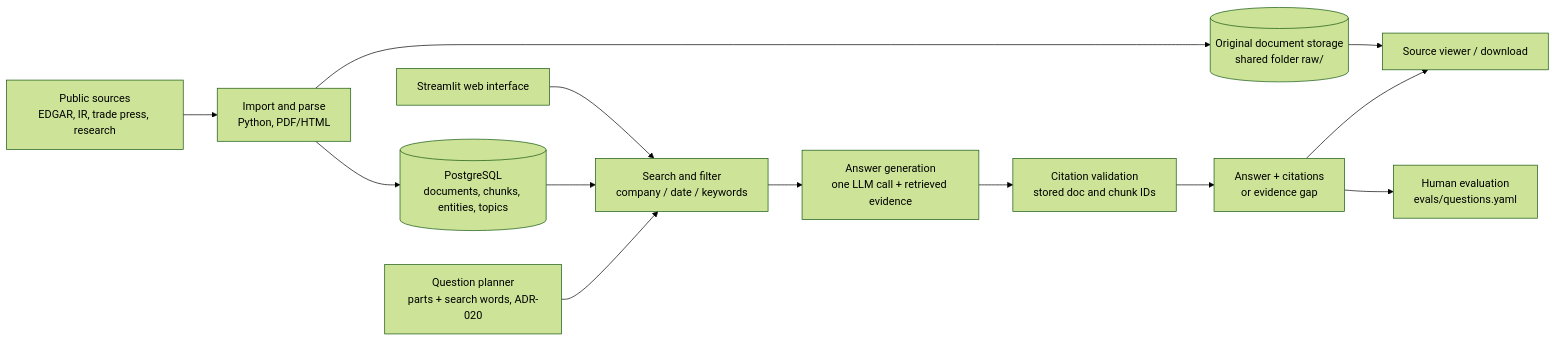
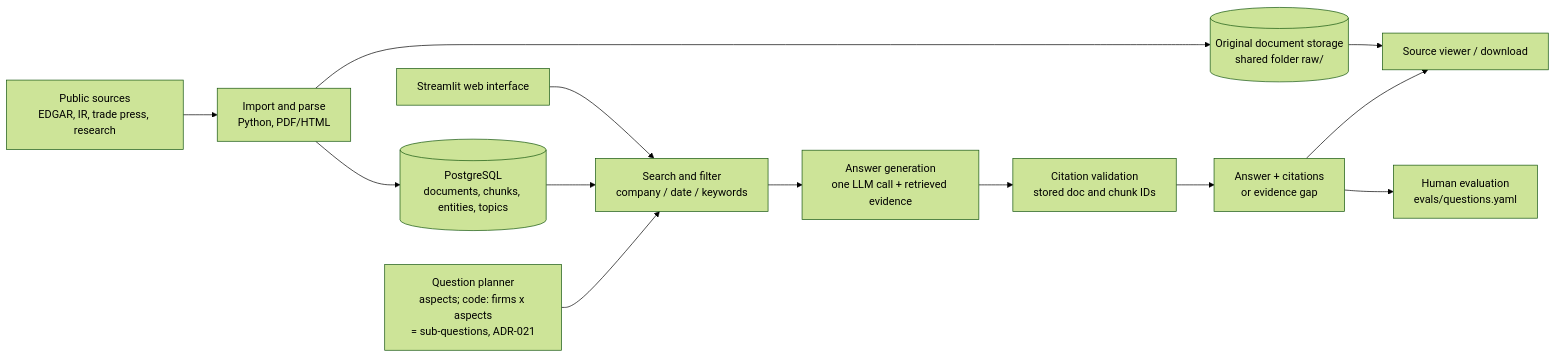
Before and after one commit to RENEGADES20/Competitive-Evidence-Engine-EDJ: the diagram in docs/ARCHITECTURE.md, drawn with Mermaid (forest theme). The commit also changed 39 other files, not shown here.

First line of the commit message:
Sub-question decomposition: planner v3 aspects, firms x aspects retrieval (#245) (#255)

````diff
--- a/docs/ARCHITECTURE.md
+++ b/docs/ARCHITECTURE.md
@@ -8,15 +8,15 @@
 ```mermaid
 flowchart LR
     A[Public sources<br/>EDGAR, IR, trade press, research] --> B[Import and parse<br/>Python, PDF/HTML]
     B --> C[(Original document storage<br/>shared folder raw/)]
     B --> D[(PostgreSQL<br/>documents, chunks, entities, topics)]
     E[Streamlit web interface] --> F[Search and filter<br/>company / date / keywords]
     D --> F
-    P[Question planner<br/>parts + search words, ADR-020] --> F
+    P[Question planner<br/>aspects; code: firms x aspects<br/>= sub-questions, ADR-021] --> F
     F --> G[Answer generation<br/>one LLM call + retrieved evidence]
     G --> H[Citation validation<br/>stored doc and chunk IDs]
     H --> I[Answer + citations<br/>or evidence gap]
     I --> J[Human evaluation<br/>evals/questions.yaml]
     C --> K[Source viewer / download]
     I --> K
 ```
````
